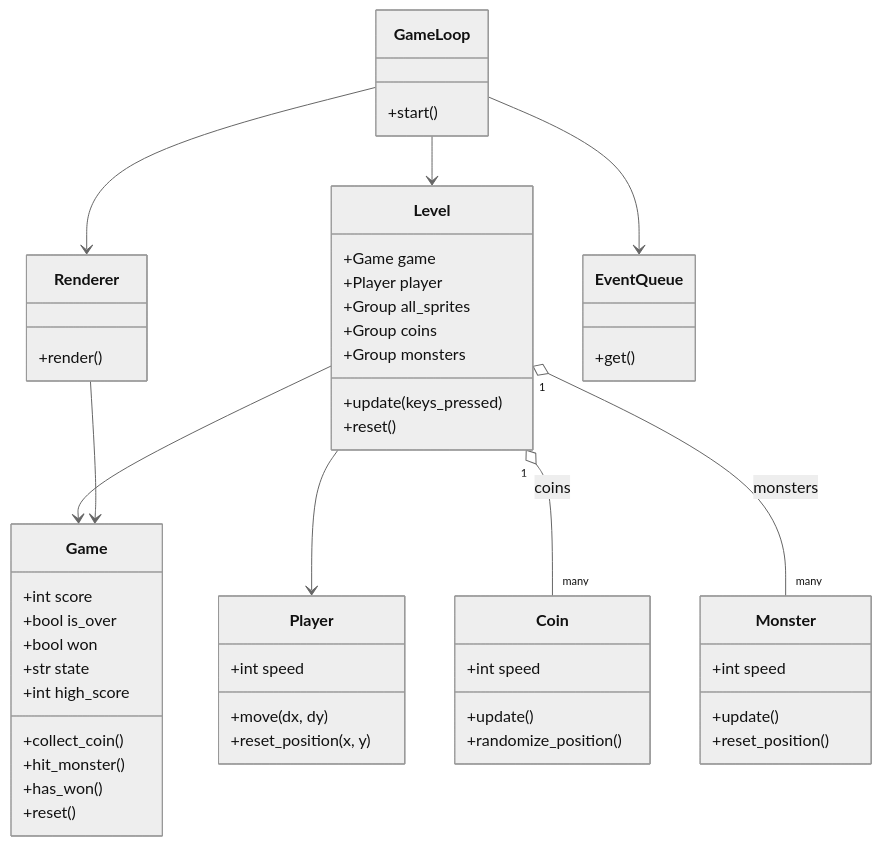
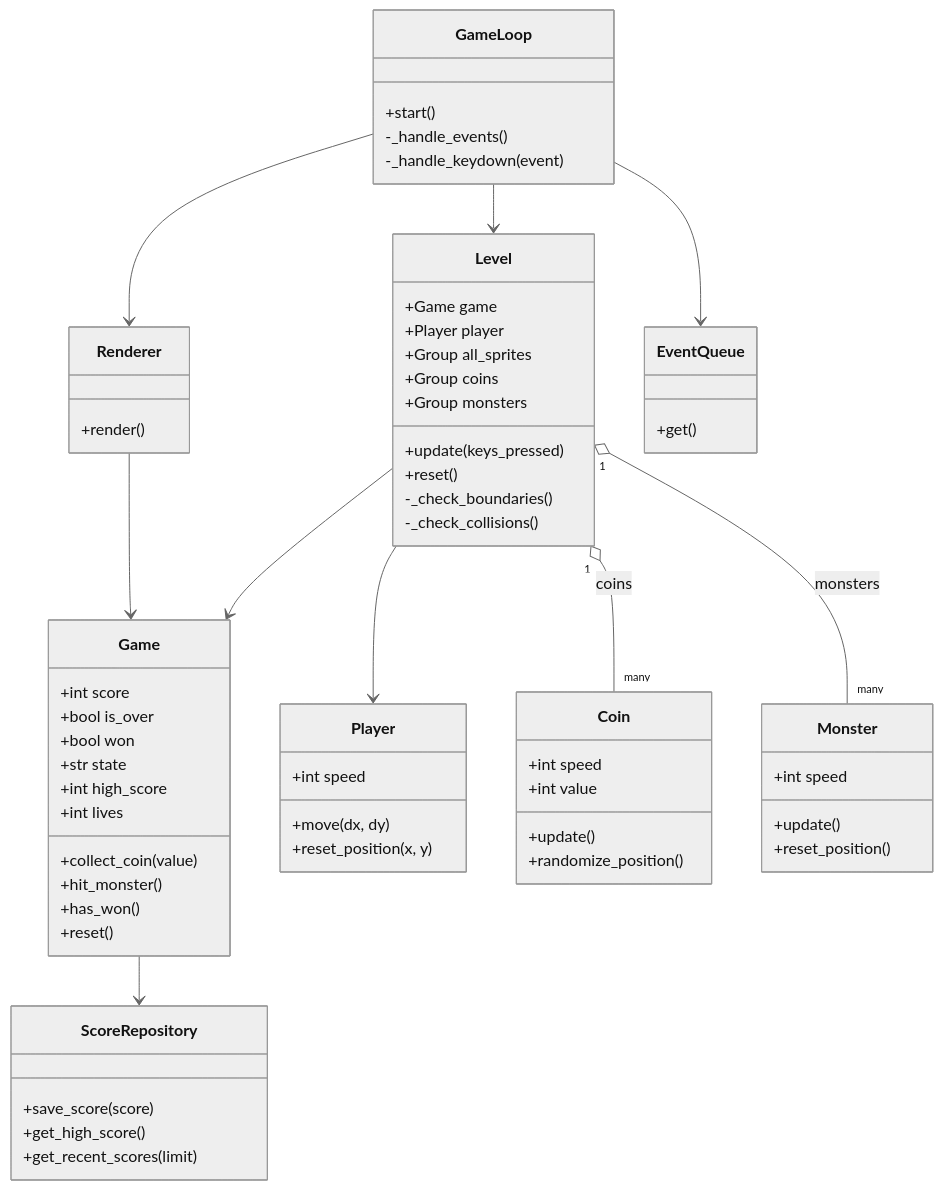
One commit to hodelma/ot-harjoitustyo changed the first of 4 diagrams in coin-collecter-app/dokumentaatio/arkkitehtuuri.md. Above: the diagram before and after it, drawn with Mermaid (neutral theme). The commit also changed other lines of this file, not shown here.

Commit message:
Update descriptions and diagram details in arkkitehtuuri.md

````diff
--- a/coin-collecter-app/dokumentaatio/arkkitehtuuri.md
+++ b/coin-collecter-app/dokumentaatio/arkkitehtuuri.md
@@ -4,63 +34,76 @@
 ```mermaid
 classDiagram
     class Game {
       +int score
       +bool is_over
       +bool won
       +str state
       +int high_score
-      +collect_coin()
+      +int lives
+      +collect_coin(value)
       +hit_monster()
       +has_won()
       +reset()
     }
 
     class Level {
       +Game game
       +Player player
       +Group all_sprites
       +Group coins
       +Group monsters
       +update(keys_pressed)
       +reset()
+      -_check_boundaries()
+      -_check_collisions()
     }
 
     class Player {
       +int speed
       +move(dx, dy)
       +reset_position(x, y)
     }
 
     class Coin {
       +int speed
+      +int value
       +update()
       +randomize_position()
     }
 
     class Monster {
       +int speed
       +update()
       +reset_position()
     }
 
     class GameLoop {
       +start()
+      -_handle_events()
+      -_handle_keydown(event)
     }
 
     class Renderer {
       +render()
     }
 
     class EventQueue {
       +get()
     }
 
+    class ScoreRepository {
+      +save_score(score)
+      +get_high_score()
+      +get_recent_scores(limit)
+    }
+
     Level --> Game
     Level --> Player
     Level "1" o-- "many" Coin : coins
     Level "1" o-- "many" Monster : monsters
     GameLoop --> Level
     GameLoop --> Renderer
     GameLoop --> EventQueue
     Renderer --> Game
+    Game --> ScoreRepository
 ```
````
